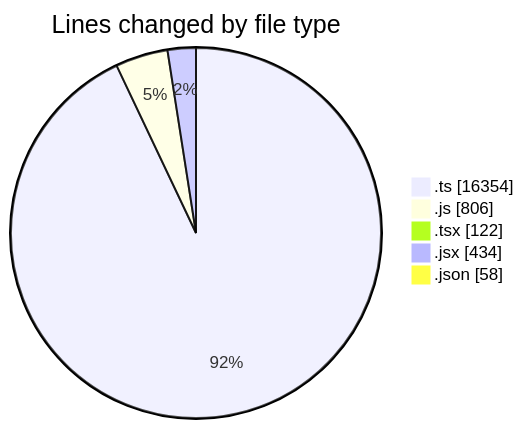
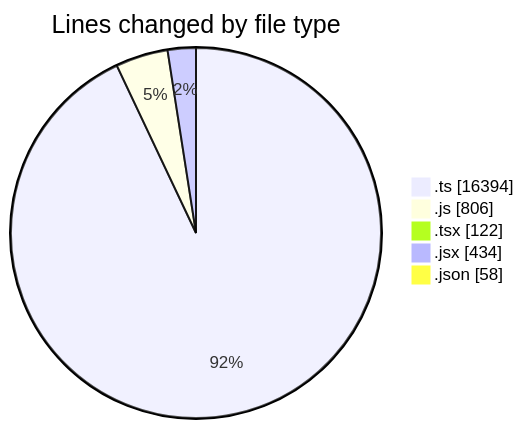
One commit to momahboobian/code-tracking changed the first of 2 diagrams in 2025-11-12/cda/README.md. Above: the diagram before and after it, drawn with Mermaid. The commit also changed other lines of this file and 1 other file, not shown here.

````diff
--- a/2025-11-12/cda/README.md
+++ b/2025-11-12/cda/README.md
@@ -34,9 +34,9 @@
 ```mermaid
 pie showData
 title Lines changed by file type
-".ts" : 16354
+".ts" : 16394
 ".js" : 806
 ".tsx" : 122
 ".jsx" : 434
 ".json" : 58
 ```
````
